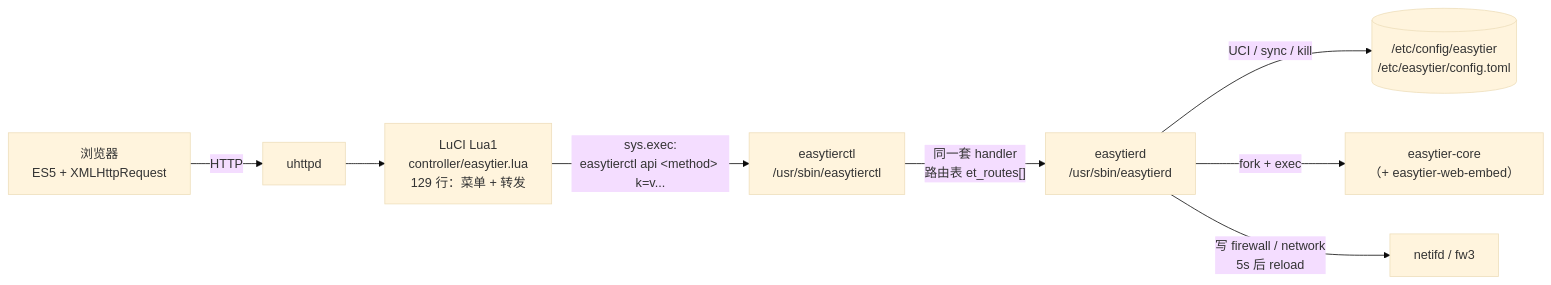
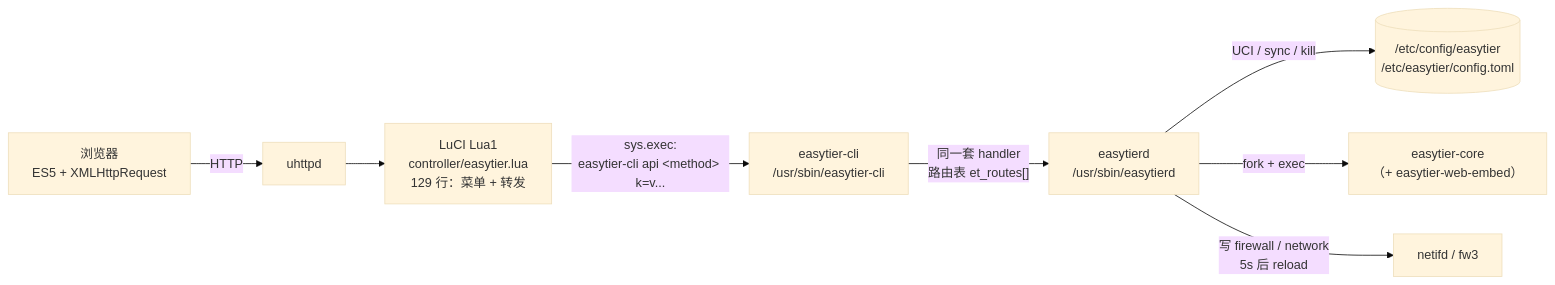
The diagram in README.md (ospfx/luci-app-easytier), drawn with Mermaid (base theme) before and after one commit. The commit also changed other lines of this file and 22 other files, not shown here.

First line of the commit message:
feat(cli): 补齐上游 easytier-cli 2.7.0 全部 17 个子命令（C 实现）

````diff
--- a/README.md
+++ b/README.md
@@ -37,10 +37,10 @@
 ```mermaid
 flowchart LR
     B["浏览器<br/>ES5 + XMLHttpRequest"] -->|HTTP| U["uhttpd"]
     U --> L["LuCI Lua1<br/>controller/easytier.lua<br/>129 行：菜单 + 转发"]
-    L -->|"sys.exec:<br/>easytierctl api &lt;method&gt; k=v..."| C["easytierctl<br/>/usr/sbin/easytierctl"]
+    L -->|"sys.exec:<br/>easytier-cli api &lt;method&gt; k=v..."| C["easytier-cli<br/>/usr/sbin/easytier-cli"]
     C -->|"同一套 handler<br/>路由表 et_routes[]"| D["easytierd<br/>/usr/sbin/easytierd"]
     D -->|"UCI / sync / kill"| F[("/etc/config/easytier<br/>/etc/easytier/config.toml")]
     D -->|fork + exec| E["easytier-core<br/>（+ easytier-web-embed）"]
     D -->|"写 firewall / network<br/>5s 后 reload"| N["netifd / fw3"]
 ```
````
